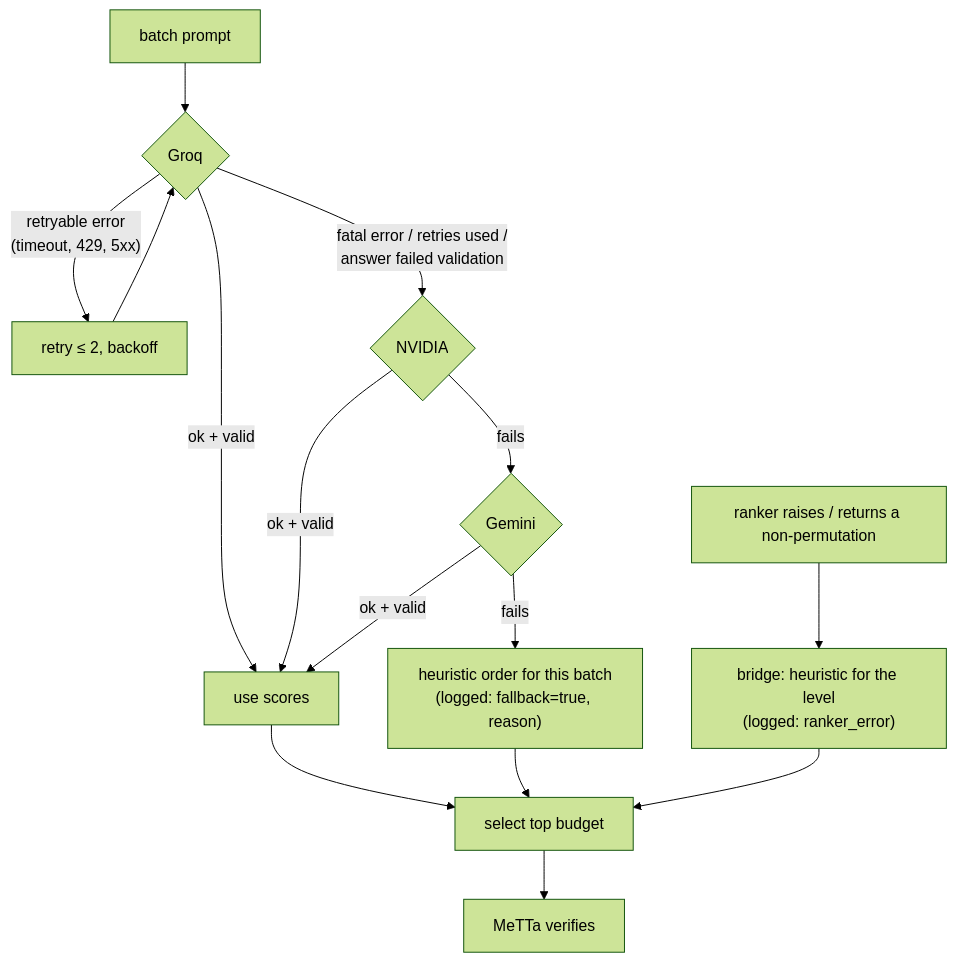
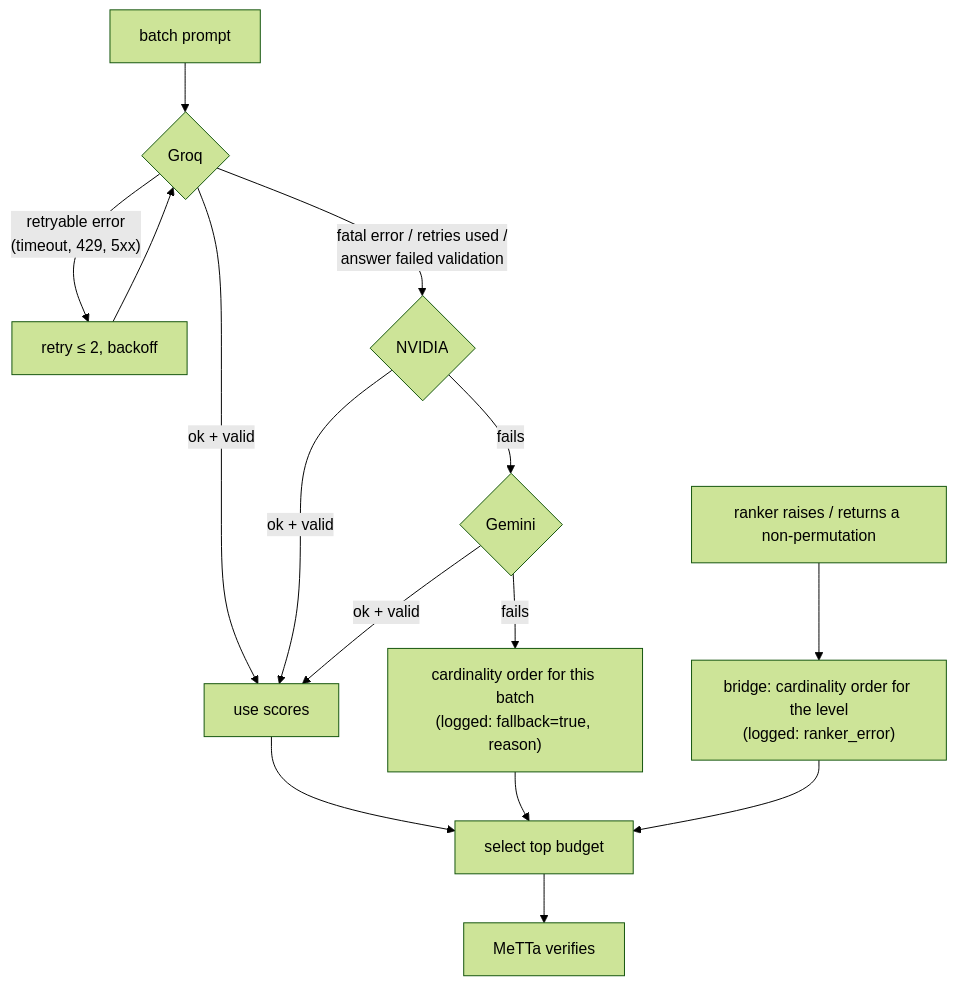
The fourth of 4 diagrams in docs/03-architecture.md (yeezyyoba/hyperon-miner-llm), drawn with Mermaid (forest theme) before and after one commit. The commit also changed other lines of this file and 3 other files, not shown here.

Commit message:
docs: add ADRs 0007-0008; update architecture and prototype

````diff
--- a/docs/03-architecture.md
+++ b/docs/03-architecture.md
@@ -144,15 +144,15 @@
 ```mermaid
 flowchart TD
   Q["batch prompt"] --> P1{"Groq"}
   P1 -- "ok + valid" --> USE["use scores"]
   P1 -- "retryable error<br/>(timeout, 429, 5xx)" --> RT1["retry ≤ 2, backoff"] --> P1
   P1 -- "fatal error / retries used /<br/>answer failed validation" --> P2{"NVIDIA"}
   P2 -- "ok + valid" --> USE
   P2 -- "fails" --> P3{"Gemini"}
   P3 -- "ok + valid" --> USE
-  P3 -- "fails" --> FB["heuristic order for this batch<br/>(logged: fallback=true, reason)"]
+  P3 -- "fails" --> FB["cardinality order for this batch<br/>(logged: fallback=true, reason)"]
   USE --> SEL["select top budget"]
   FB --> SEL
   SEL --> VER["MeTTa verifies"]
-  X["ranker raises / returns a non-permutation"] --> FB2["bridge: heuristic for the level<br/>(logged: ranker_error)"] --> SEL
+  X["ranker raises / returns a non-permutation"] --> FB2["bridge: cardinality order for the level<br/>(logged: ranker_error)"] --> SEL
 ```
````
